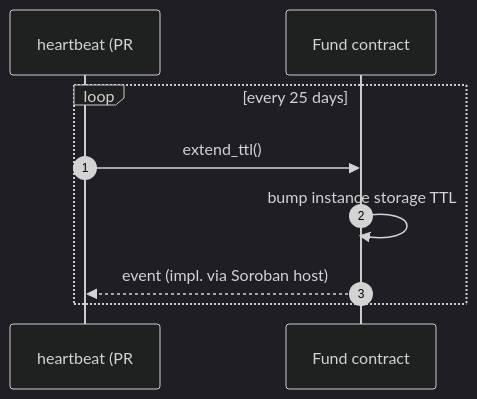
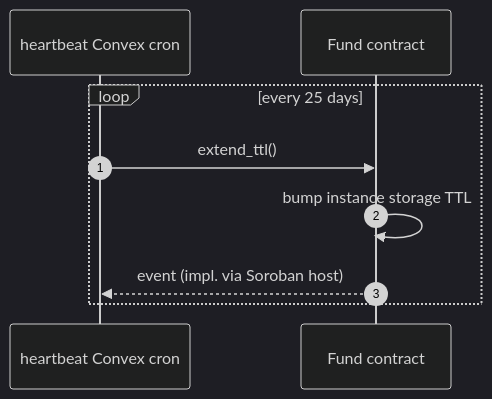
Before and after one commit to mutav-finance/mutav-stellar: the sixth of 7 diagrams in docs/architecture/06-canonical-flows.md, drawn with Mermaid (dark theme). The commit also changed other lines of this file and 12 other files, not shown here.

First line of the commit message:
docs: consolidate target architecture per #57 (#58)

````diff
--- a/docs/architecture/06-canonical-flows.md
+++ b/docs/architecture/06-canonical-flows.md
@@ -145,12 +147,12 @@
 ```mermaid
 sequenceDiagram
     autonumber
-    participant H as heartbeat (PR #25)
+    participant H as heartbeat Convex cron
     participant F as Fund contract
 
     loop every 25 days
         H->>F: extend_ttl()
         F->>F: bump instance storage TTL
         F-->>H: event (impl. via Soroban host)
     end
 ```
````
